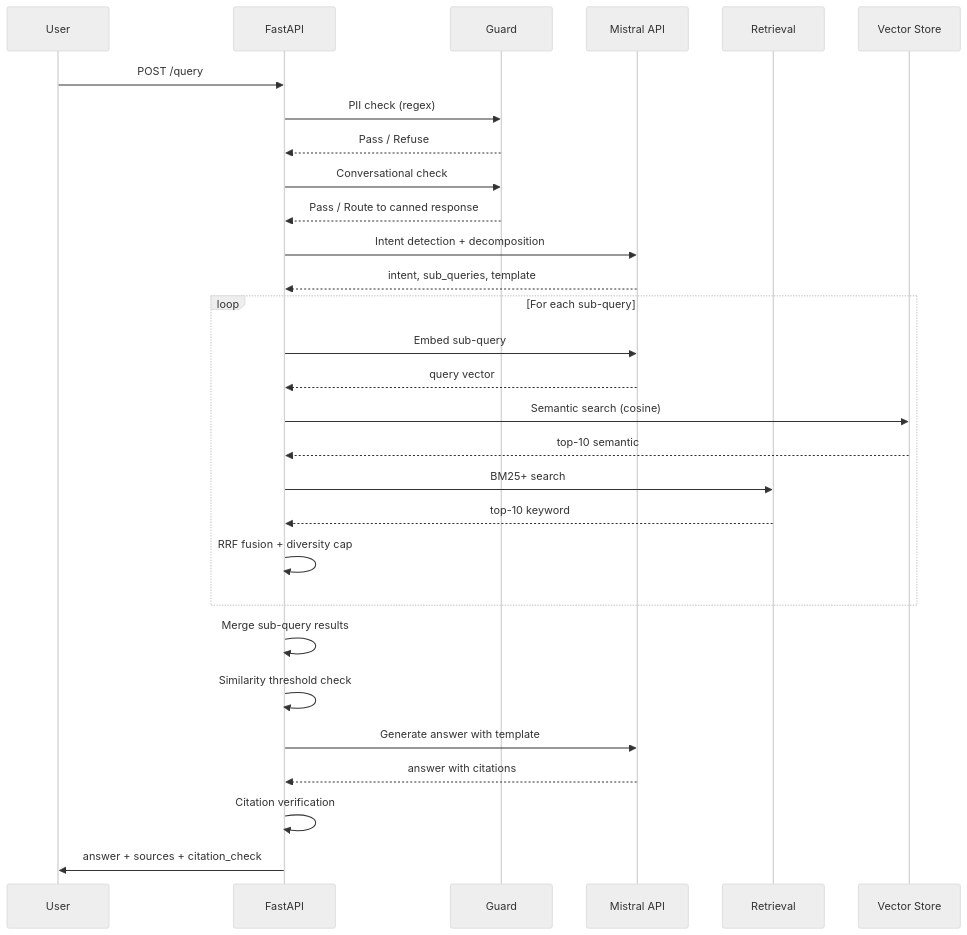
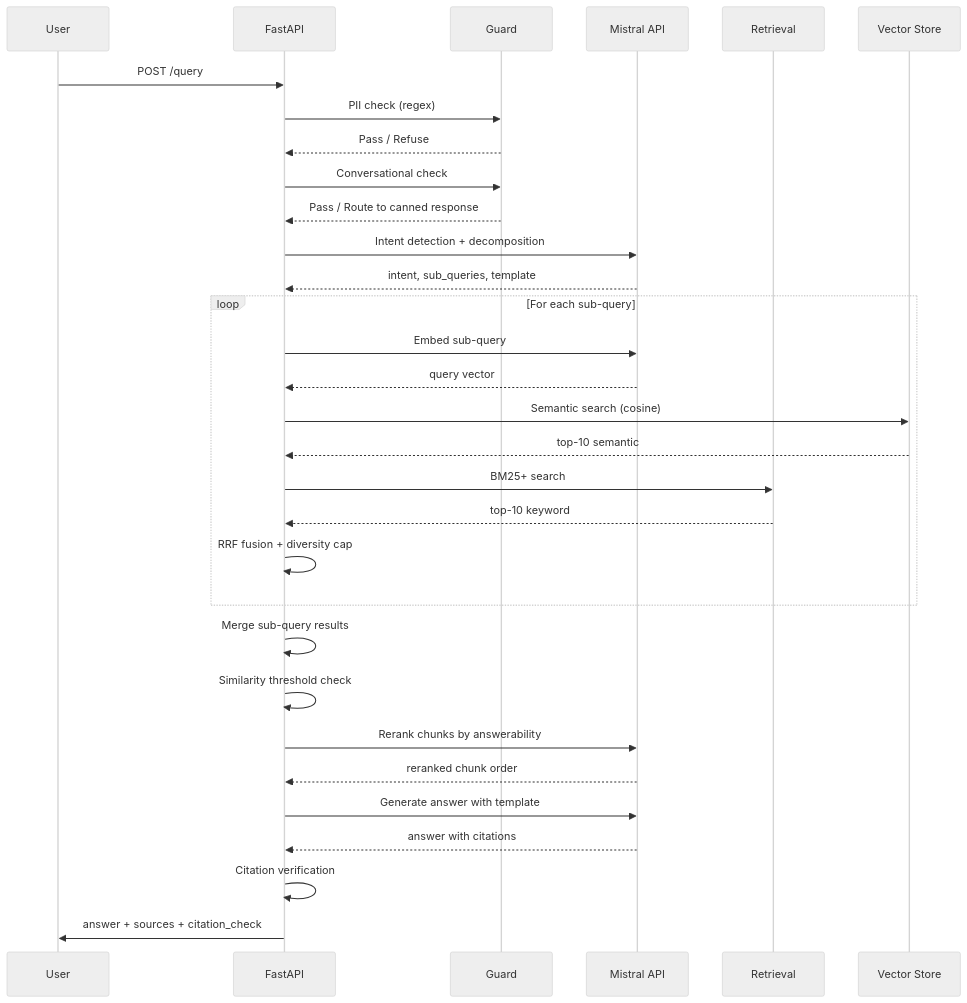
Before and after one commit to rohit-iipeml/insurance-rag: the second of 2 diagrams in README.md, drawn with Mermaid (neutral theme). The commit also changed other lines of this file, not shown here.

````diff
--- a/README.md
+++ b/README.md
@@ -77,32 +80,34 @@
 ```mermaid
 sequenceDiagram
     participant U as User
     participant API as FastAPI
     participant G as Guard
     participant LLM as Mistral API
     participant R as Retrieval
     participant VS as Vector Store
 
     U->>API: POST /query
     API->>G: PII check (regex)
     G-->>API: Pass / Refuse
     API->>G: Conversational check
     G-->>API: Pass / Route to canned response
     API->>LLM: Intent detection + decomposition
     LLM-->>API: intent, sub_queries, template
     loop For each sub-query
         API->>LLM: Embed sub-query
         LLM-->>API: query vector
         API->>VS: Semantic search (cosine)
         VS-->>API: top-10 semantic
         API->>R: BM25+ search
         R-->>API: top-10 keyword
         API->>API: RRF fusion + diversity cap
     end
     API->>API: Merge sub-query results
     API->>API: Similarity threshold check
+    API->>LLM: Rerank chunks by answerability
+    LLM-->>API: reranked chunk order
     API->>LLM: Generate answer with template
     LLM-->>API: answer with citations
     API->>API: Citation verification
     API->>U: answer + sources + citation_check
 ```
````
